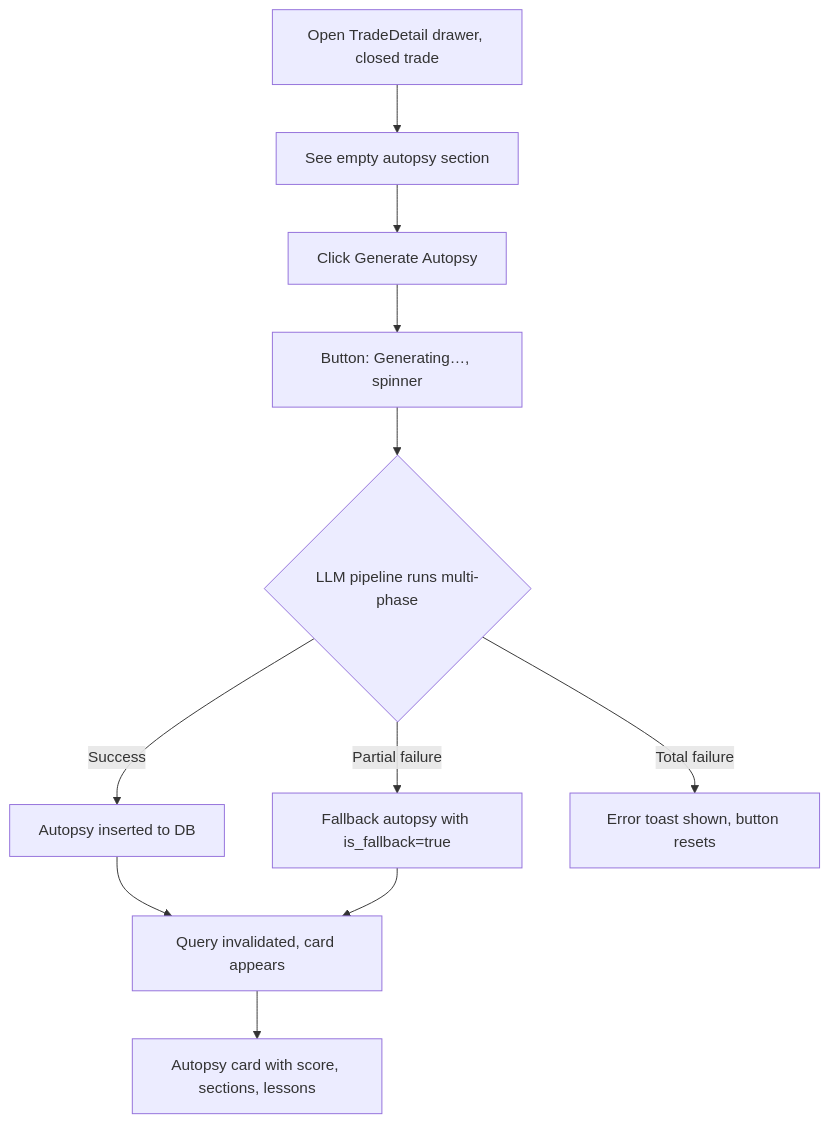
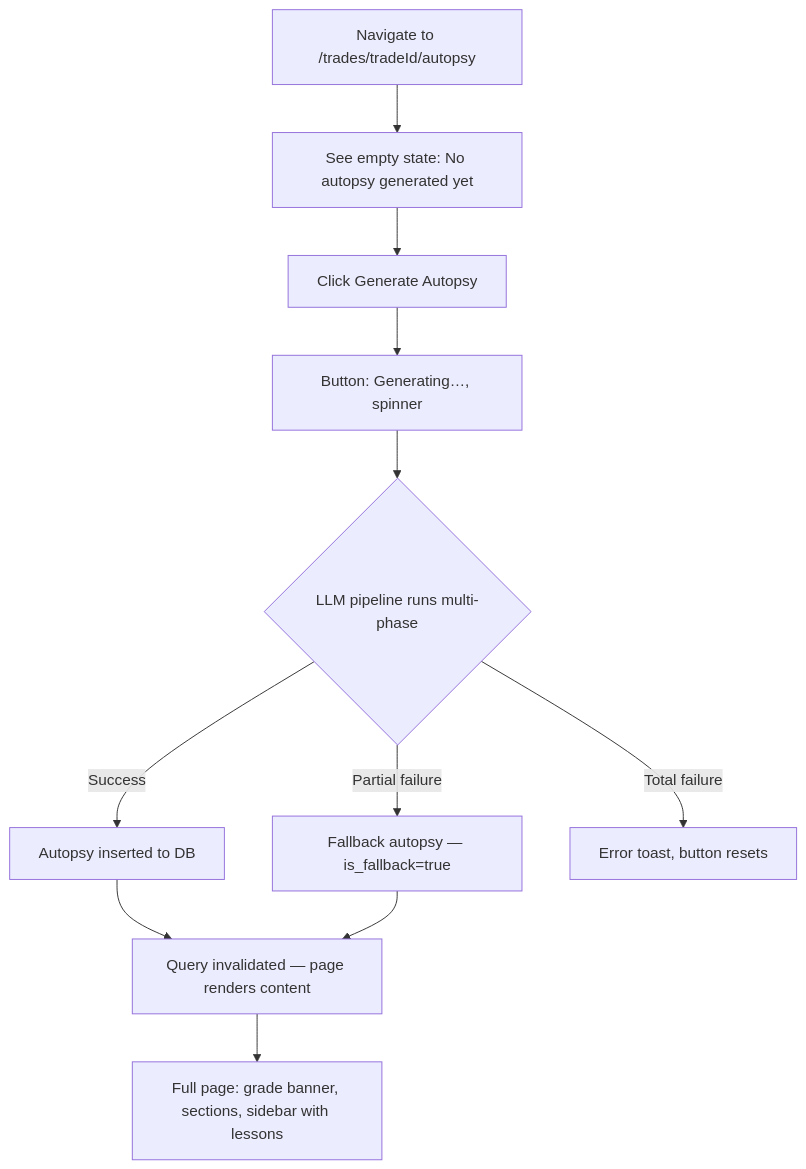
One commit to KennethAtchon/Exva changed the first of 4 diagrams in docs/design/autopsy-product-spec.md. Above: the diagram before and after it, drawn with Mermaid. The commit also changed other lines of this file and 14 other files, not shown here.

````diff
--- a/docs/design/autopsy-product-spec.md
+++ b/docs/design/autopsy-product-spec.md
@@ -242,13 +302,13 @@
 ```mermaid
 flowchart TD
-    A[Open TradeDetail drawer, closed trade] --> B[See empty autopsy section]
+    A[Navigate to /trades/tradeId/autopsy] --> B[See empty state: No autopsy generated yet]
     B --> C[Click Generate Autopsy]
     C --> D[Button: Generating…, spinner]
     D --> E{LLM pipeline runs multi-phase}
     E -->|Success| F[Autopsy inserted to DB]
-    E -->|Partial failure| G[Fallback autopsy with is_fallback=true]
-    E -->|Total failure| H[Error toast shown, button resets]
-    F --> I[Query invalidated, card appears]
+    E -->|Partial failure| G[Fallback autopsy — is_fallback=true]
+    E -->|Total failure| H[Error toast, button resets]
+    F --> I[Query invalidated — page renders content]
     G --> I
-    I --> J[Autopsy card with score, sections, lessons]
+    I --> J[Full page: grade banner, sections, sidebar with lessons]
 ```
````
